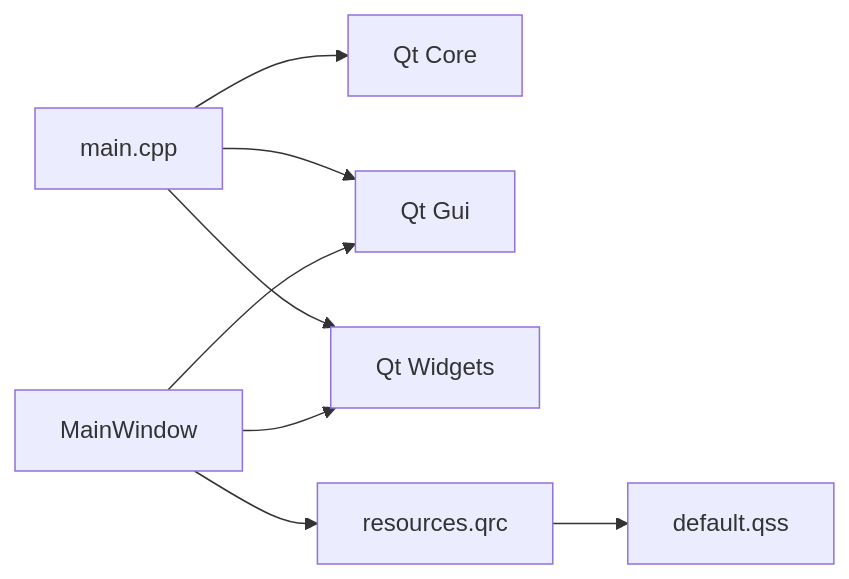
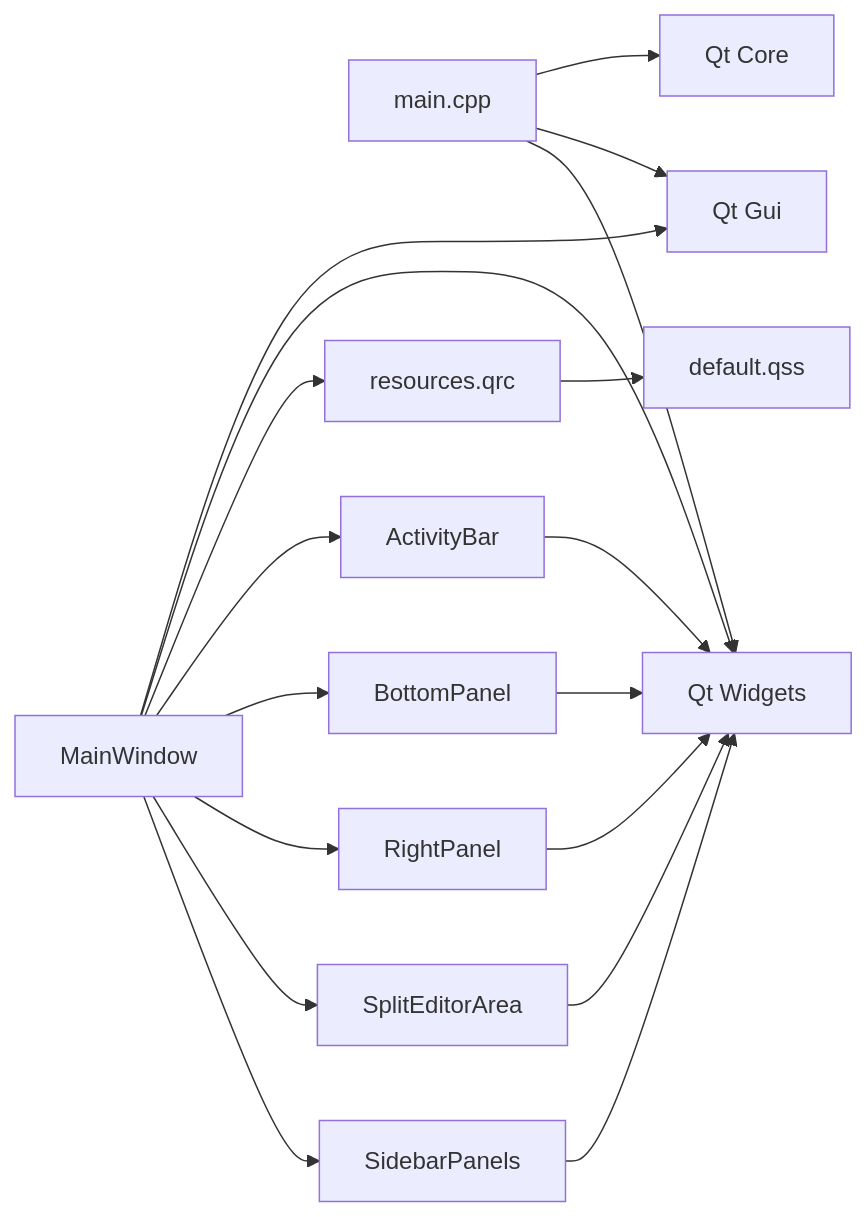
One commit to jakecai1225-design/OpenBus changed the ninth of 9 diagrams in .qoder/repowiki/zh/content/架构设计/架构设计.md. Above: the diagram before and after it, drawn with Mermaid. The commit also changed other lines of this file and 44 other files, not shown here.

````diff
--- a/.qoder/repowiki/zh/content/架构设计/架构设计.md
+++ b/.qoder/repowiki/zh/content/架构设计/架构设计.md
@@ -205,10 +385,20 @@
 ```mermaid
 graph LR
 Main["main.cpp"] --> QtCore["Qt Core"]
 Main --> QtGui["Qt Gui"]
 Main --> QtWidgets["Qt Widgets"]
 Win["MainWindow"] --> QtGui
 Win --> QtWidgets
 Win --> QRC["resources.qrc"]
+Win --> ActBar["ActivityBar"]
+Win --> BotPanel["BottomPanel"]
+Win --> RightPanel["RightPanel"]
+Win --> SplitArea["SplitEditorArea"]
+Win --> SidePanels["SidebarPanels"]
+ActBar --> QtWidgets
+BotPanel --> QtWidgets
+RightPanel --> QtWidgets
+SplitArea --> QtWidgets
+SidePanels --> QtWidgets
 QRC --> QSS["default.qss"]
 ```
````
